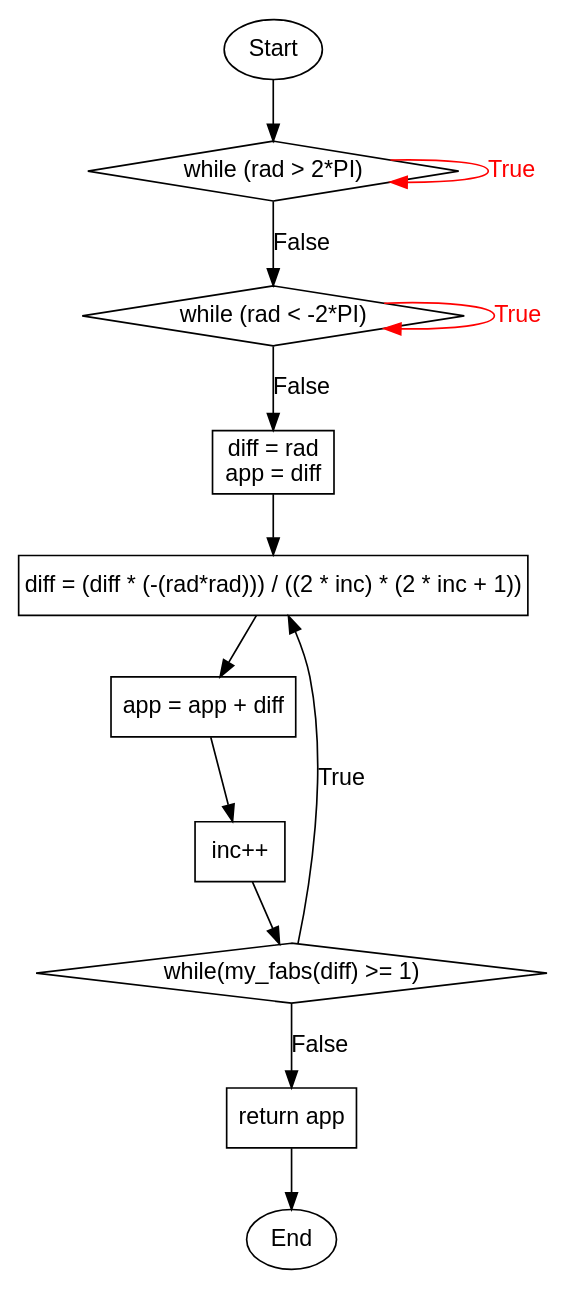
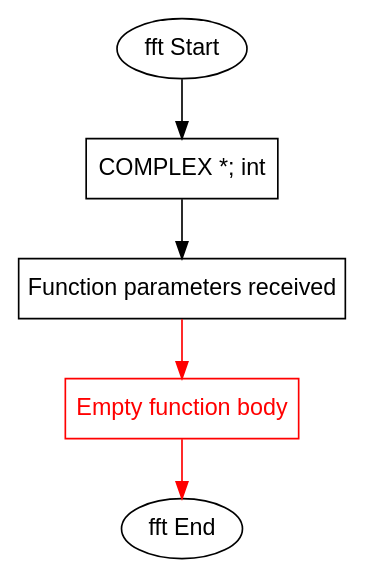
The diagram in quinta/adpcm/fft.dot (Lucas170620/prompts-infeasible-path-AI-detecting-repository), drawn with Graphviz before and after one commit. The commit also changed 136 other files, not shown here.

```diff
--- a/quinta/adpcm/fft.dot
+++ b/quinta/adpcm/fft.dot
@@ -1,29 +1,17 @@
 digraph fft {
     rankdir=TB;
     node [shape=box, fontname=Arial];
     edge [fontname=Arial];
 
-    start [label="Start", shape=ellipse];
-    end [label="End", shape=ellipse];
-    cond_rad_gt_2pi [label="while (rad > 2*PI)", shape=diamond];
-    cond_rad_lt_neg2pi [label="while (rad < -2*PI)", shape=diamond];
-    init_diff [label="diff = rad\napp = diff"];
-    compute_diff [label="diff = (diff * (-(rad*rad))) / ((2 * inc) * (2 * inc + 1))"];
-    update_app [label="app = app + diff"];
-    inc_increment [label="inc++"];
-    cond_diff_abs [label="while(my_fabs(diff) >= 1)", shape=diamond];
-    return_app [label="return app"];
-
-    start -> cond_rad_gt_2pi;
-    cond_rad_gt_2pi -> cond_rad_gt_2pi [label="True", color=red, fontcolor=red];
-    cond_rad_gt_2pi -> cond_rad_lt_neg2pi [label="False"];
-    cond_rad_lt_neg2pi -> cond_rad_lt_neg2pi [label="True", color=red, fontcolor=red];
-    cond_rad_lt_neg2pi -> init_diff [label="False"];
-    init_diff -> compute_diff;
-    compute_diff -> update_app;
-    update_app -> inc_increment;
-    inc_increment -> cond_diff_abs;
-    cond_diff_abs -> compute_diff [label="True"];
-    cond_diff_abs -> return_app [label="False"];
-    return_app -> end;
+    start [label="fft Start", shape=ellipse];
+    end [label="fft End", shape=ellipse];
+    
+    node_1 [label="COMPLEX *; int"];
+    node_2 [label="Function parameters received"];
+    node_3 [label="Empty function body", color=red, fontcolor=red];
+    
+    start -> node_1;
+    node_1 -> node_2;
+    node_2 -> node_3 [color=red, fontcolor=red];
+    node_3 -> end [color=red, fontcolor=red];
 }
```
